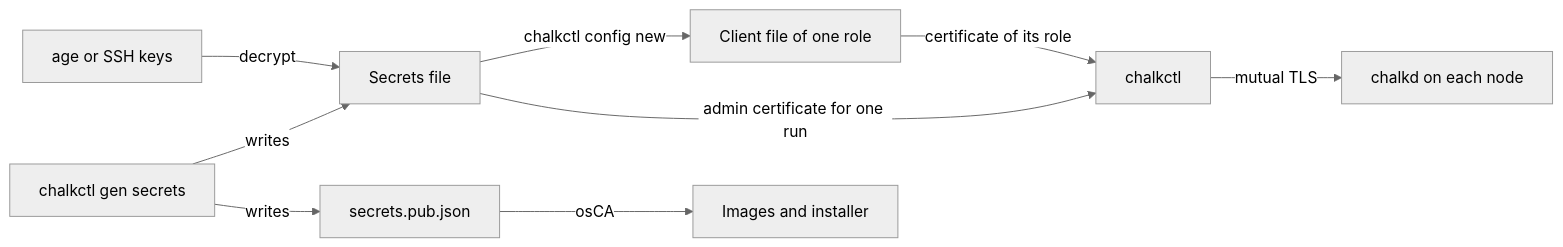
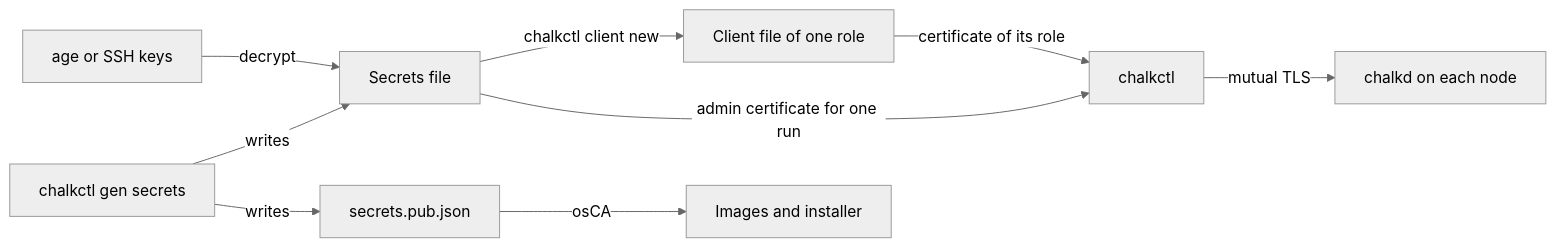
Before and after one commit to trevex/chalkos: the diagram in docs/operate/workstation.md, drawn with Mermaid (neutral theme). The commit also changed other lines of this file and 15 other files, not shown here.

Commit message:
docs: write client files with chalkctl client new

````diff
--- a/docs/operate/workstation.md
+++ b/docs/operate/workstation.md
@@ -264,11 +264,11 @@
 ```mermaid
 flowchart LR
     keys["age or SSH keys"] -->|decrypt| secrets["Secrets file"]
     gen["chalkctl gen secrets"] -->|writes| secrets
     gen -->|writes| pub["secrets.pub.json"]
     pub -->|osCA| images["Images and installer"]
-    secrets -->|chalkctl config new| client["Client file of one role"]
+    secrets -->|chalkctl client new| client["Client file of one role"]
     secrets -->|admin certificate for one run| chalkctl["chalkctl"]
     client -->|certificate of its role| chalkctl
     chalkctl -->|mutual TLS| chalkd["chalkd on each node"]
 ```
````
